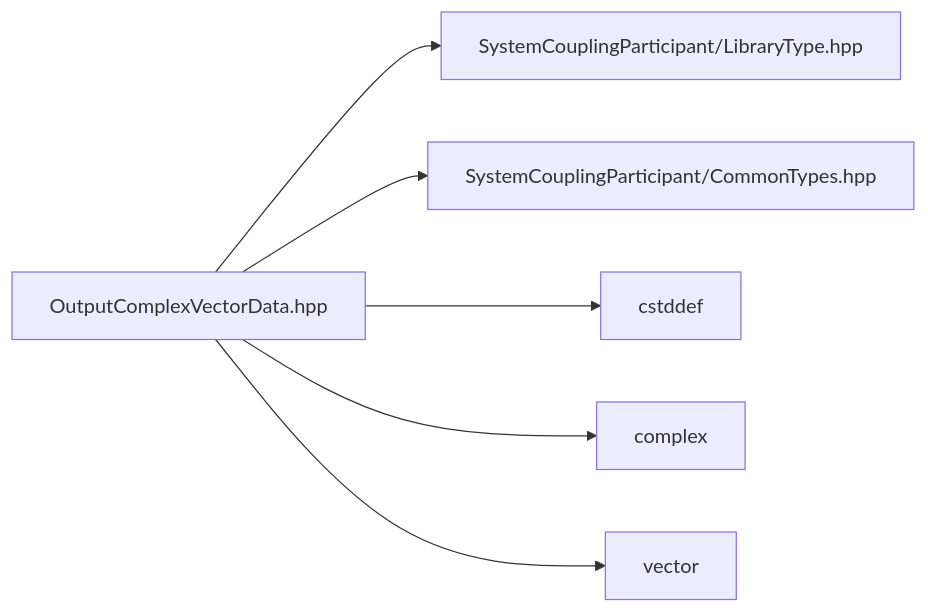
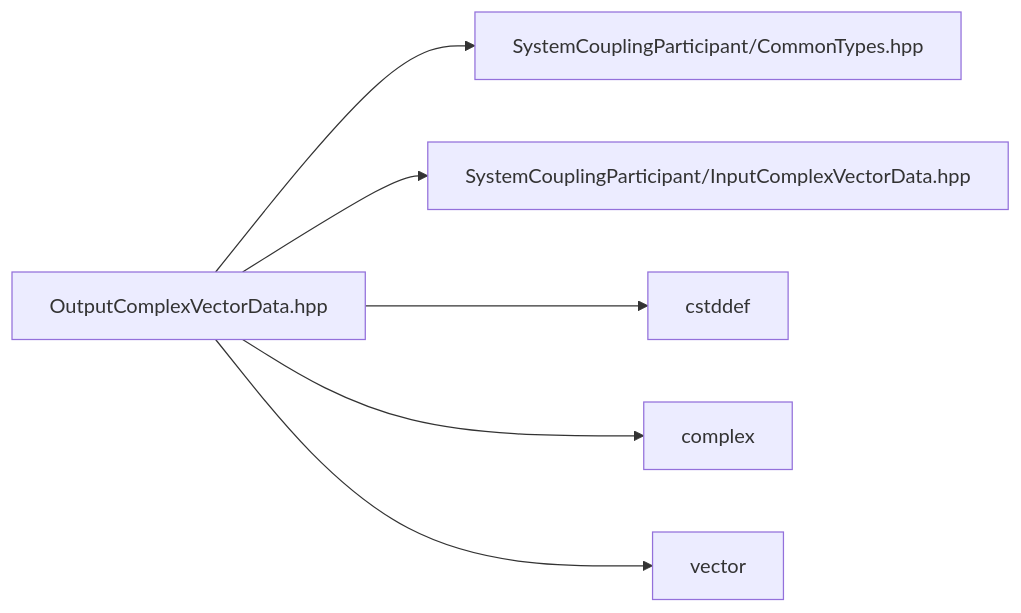
Before and after one commit to ansys/DevRelDocs: the diagram in 2026R1/system-coupling-26-r1/articles/cpp-reference/OutputComplexVectorData_8hpp.md, drawn with Mermaid. The commit also changed other lines of this file and 377 other files, not shown here.

````diff
--- a/2026R1/system-coupling-26-r1/articles/cpp-reference/OutputComplexVectorData_8hpp.md
+++ b/2026R1/system-coupling-26-r1/articles/cpp-reference/OutputComplexVectorData_8hpp.md
@@ -27,21 +28,21 @@
 ```mermaid
 graph LR
-3["SystemCouplingParticipant/CommonTypes.hpp"]
-
 1["OutputComplexVectorData.hpp"]
 click 1 "OutputComplexVectorData_8hpp.md#OutputComplexVectorData_8hpp"
 1 --> 2
 1 --> 3
 1 --> 4
 1 --> 5
 1 --> 6
 
-6["vector"]
+2["SystemCouplingParticipant/CommonTypes.hpp"]
 
-2["SystemCouplingParticipant/LibraryType.hpp"]
+3["SystemCouplingParticipant/InputComplexVectorData.hpp"]
+
+5["complex"]
 
 4["cstddef"]
 
-5["complex"]
+6["vector"]
 
 ```
````
